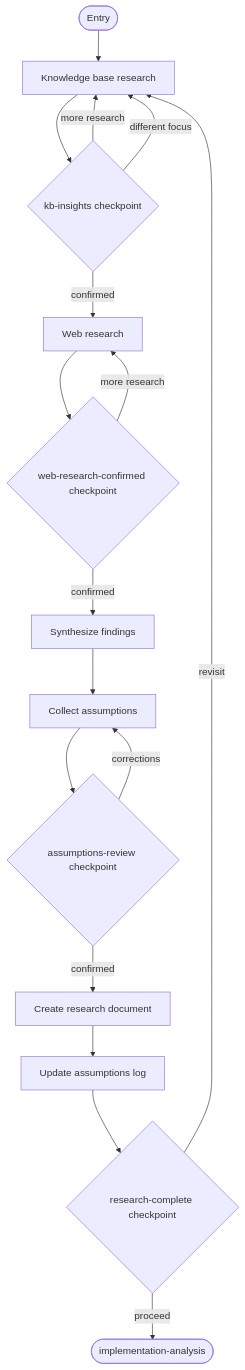
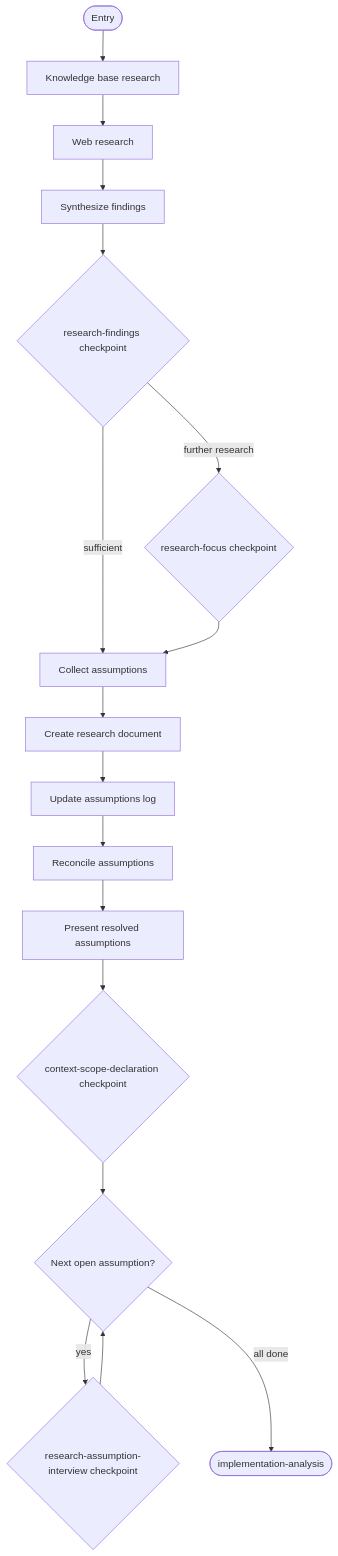
The fourth of 14 diagrams in work-package/activities/README.md (m2ux/workflow-server), drawn with Mermaid before and after one commit. The commit also changed other lines of this file and 48 other files, not shown here.

````diff
--- a/work-package/activities/README.md
+++ b/work-package/activities/README.md
@@ -345,22 +286,20 @@
 ```mermaid
 graph TD
     entryNode(["Entry"]) --> kbResearch["Knowledge base research"]
-    kbResearch --> cpKB{"kb-insights checkpoint"}
-    cpKB -->|"confirmed"| webResearch["Web research"]
-    cpKB -->|"more research"| kbResearch
-    cpKB -->|"different focus"| kbResearch
+    kbResearch --> webResearch["Web research"]
+    webResearch --> synthesize["Synthesize findings"]
+    synthesize --> cpFindings{"research-findings checkpoint"}
+    cpFindings -->|"sufficient"| collectAssumptions["Collect assumptions"]
+    cpFindings -->|"further research"| cpFocus{"research-focus checkpoint"}
+    cpFocus --> collectAssumptions
 
-    webResearch --> cpWeb{"web-research-confirmed checkpoint"}
-    cpWeb -->|"confirmed"| synthesize["Synthesize findings"]
-    cpWeb -->|"more research"| webResearch
-
-    synthesize --> collectAssumptions["Collect assumptions"]
-    collectAssumptions --> cpAssumptions{"assumptions-review checkpoint"}
-    cpAssumptions -->|"confirmed"| createDoc["Create research document"]
-    cpAssumptions -->|"corrections"| collectAssumptions
-
+    collectAssumptions --> createDoc["Create research document"]
     createDoc --> updateLog["Update assumptions log"]
-    updateLog --> cpComplete{"research-complete checkpoint"}
-    cpComplete -->|"proceed"| exitNode(["implementation-analysis"])
-    cpComplete -->|"revisit"| kbResearch
+    updateLog --> reconcile["Reconcile assumptions"]
+    reconcile --> presentResolved["Present resolved assumptions"]
+    presentResolved --> cpScope{"context-scope-declaration checkpoint"}
+    cpScope --> interviewLoop{"Next open assumption?"}
+    interviewLoop -->|"yes"| cpInterview{"research-assumption-interview checkpoint"}
+    cpInterview --> interviewLoop
+    interviewLoop -->|"all done"| exitNode(["implementation-analysis"])
 ```
````
